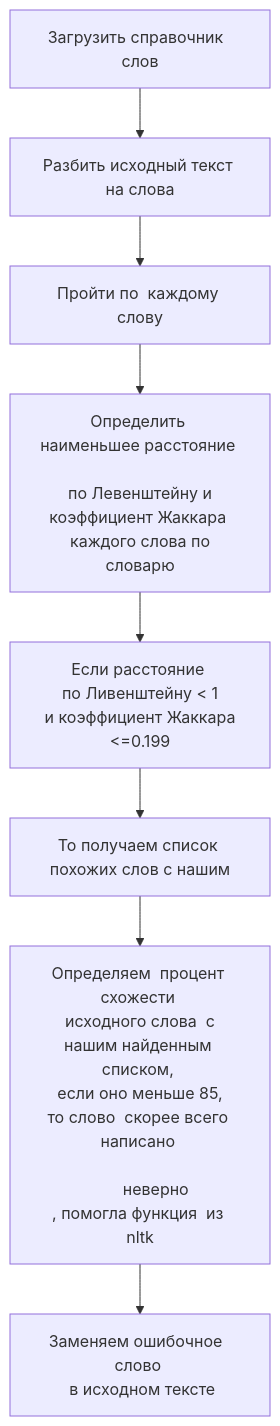
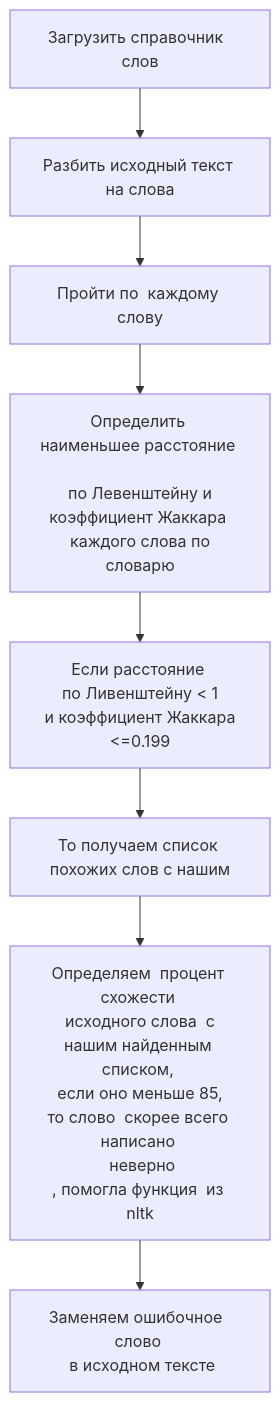
Before and after one commit to Barolina/search_spelling_errors: the diagram in README.MD, drawn with Mermaid.

````diff
--- a/README.MD
+++ b/README.MD
@@ -23,21 +23,20 @@
 ```mermaid
 flowchart TB
 	A[Загрузить справочник  слов]
 	B[Разбить исходный текст на слова]
 	C[Пройти по  каждому слову]		
 	M[Определить наименьшее расстояние  \n по Левенштейну и коэффициент Жаккара \n каждого слова по словарю]
 	D[Если расстояние \n по Ливенштейну < 1 \n и коэффициент Жаккара <=0.199]
 	H[То получаем список похожих слов с нашим]	
-	K[Определяем  процент схожести \n исходного слова  с нашим найденным списком, \n если оно меньше 85, \n то слово  скорее всего  написано \n 
-	неверно \n, помогла функция  из nltk]
+	K[Определяем  процент схожести \n исходного слова  с нашим найденным списком, \n если оно меньше 85, \n то слово  скорее всего  написано \n  неверно \n, помогла функция  из nltk]
 	L[Заменяем ошибочное  слово \n в исходном тексте]
 	A --> B
 	B --> C	 	
 	C --> M	
 	M --> D
 	D --> H	
 	H --> K	
 	K --> L
 	
 
 ```
````
